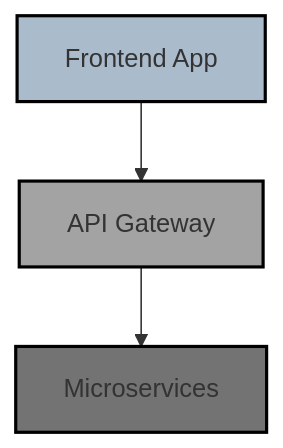
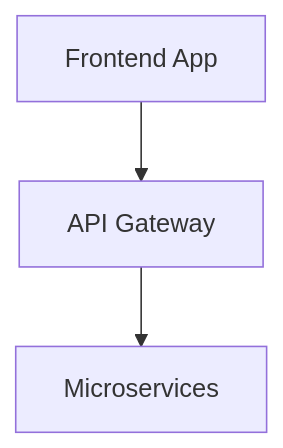
One commit to Iteam1337/poc-sso changed the first of 3 diagrams in blog-post.md. Above: the diagram before and after it, drawn with Mermaid. The commit also changed other lines of this file and 1 other file, not shown here.

Commit message:
style: Remove custom colors from Mermaid charts

````diff
--- a/blog-post.md
+++ b/blog-post.md
@@ -11,9 +11,5 @@
 ```mermaid
 graph TD
     A[Frontend App] --> B[API Gateway]
     B --> C[Microservices]
-
-    style A fill:#aabbcc,stroke:#000,stroke-width:2px
-    style B fill:#a3a3a3,stroke:#000,stroke-width:2px
-    style C fill:#737373,stroke:#000,stroke-width:2px
 ```
````
